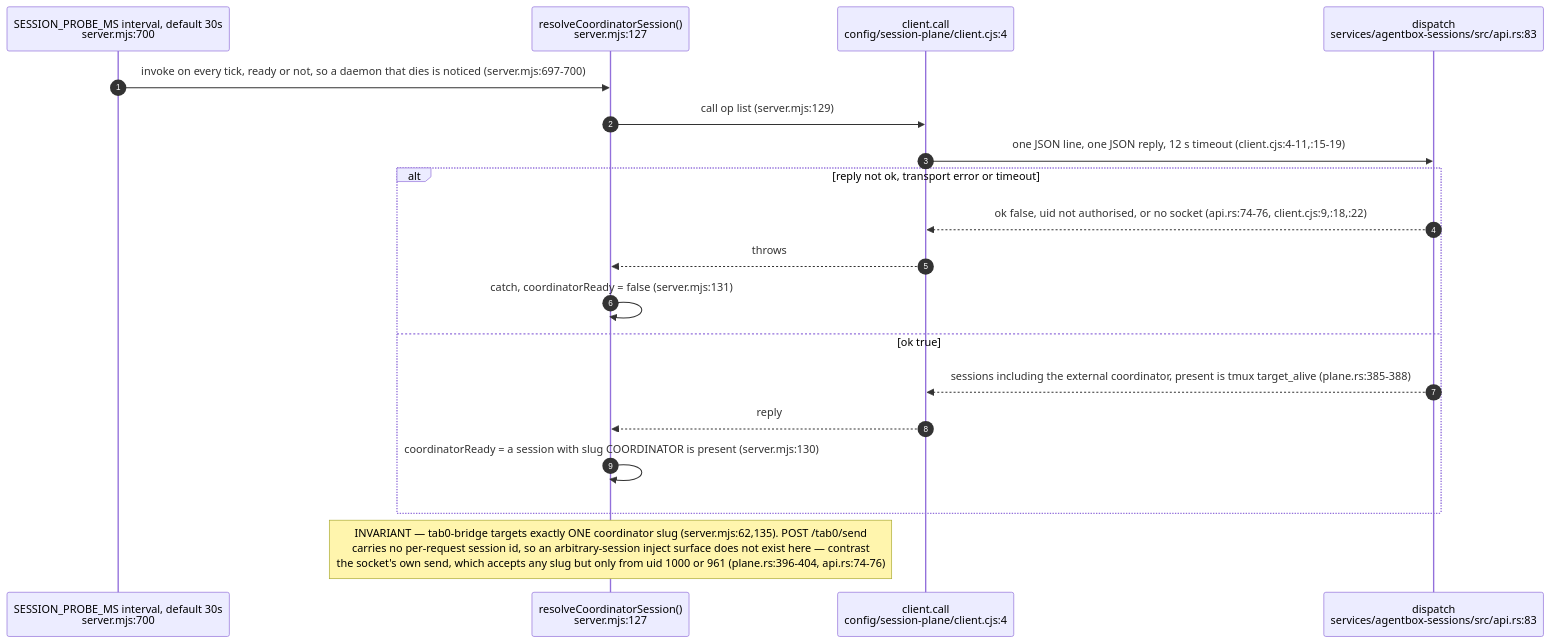
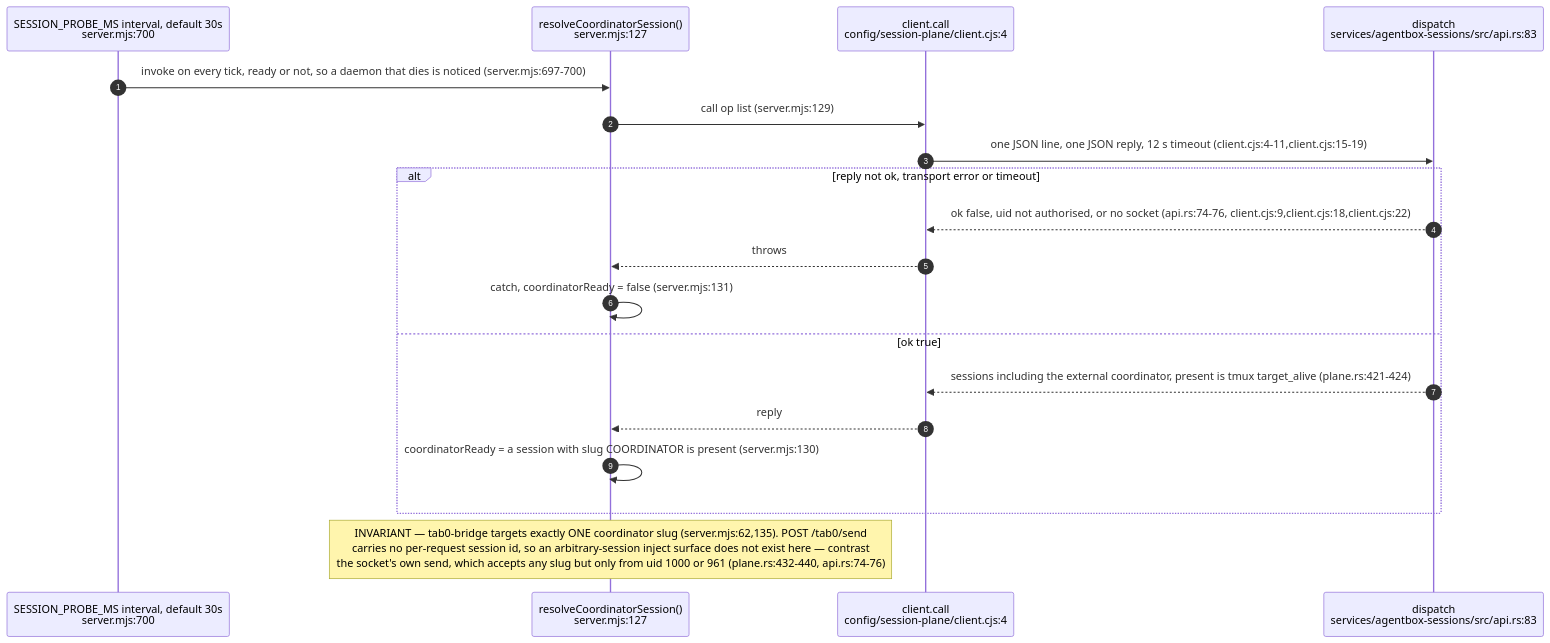
One commit to DreamLab-AI/VisionFlow changed the fourth of 12 diagrams in docs/diagrams/agentbox/12-tab0-bridge-and-interaction-plane.md. Above: the diagram before and after it, drawn with Mermaid. The commit also changed other lines of this file and 6 other files, not shown here.

First line of the commit message:
docs: align native session and ingress diagrams (#39)

````diff
--- a/docs/diagrams/agentbox/12-tab0-bridge-and-interaction-plane.md
+++ b/docs/diagrams/agentbox/12-tab0-bridge-and-interaction-plane.md
@@ -172,22 +173,22 @@
 ```mermaid
 sequenceDiagram
     autonumber
     participant Ti as SESSION_PROBE_MS interval, default 30s<br/>server.mjs:700
     participant R as resolveCoordinatorSession()<br/>server.mjs:127
     participant Cl as client.call<br/>config/session-plane/client.cjs:4
     participant Sock as dispatch<br/>services/agentbox-sessions/src/api.rs:83
 
     Ti->>R: invoke on every tick, ready or not, so a daemon that dies is noticed (server.mjs:697-700)
     R->>Cl: call op list (server.mjs:129)
-    Cl->>Sock: one JSON line, one JSON reply, 12 s timeout (client.cjs:4-11,:15-19)
+    Cl->>Sock: one JSON line, one JSON reply, 12 s timeout (client.cjs:4-11,client.cjs:15-19)
     alt reply not ok, transport error or timeout
-        Sock-->>Cl: ok false, uid not authorised, or no socket (api.rs:74-76, client.cjs:9,:18,:22)
+        Sock-->>Cl: ok false, uid not authorised, or no socket (api.rs:74-76, client.cjs:9,client.cjs:18,client.cjs:22)
         Cl-->>R: throws
         R->>R: catch, coordinatorReady = false (server.mjs:131)
     else ok true
-        Sock-->>Cl: sessions including the external coordinator, present is tmux target_alive (plane.rs:385-388)
+        Sock-->>Cl: sessions including the external coordinator, present is tmux target_alive (plane.rs:421-424)
         Cl-->>R: reply
         R->>R: coordinatorReady = a session with slug COORDINATOR is present (server.mjs:130)
     end
-Note over R: INVARIANT — tab0-bridge targets exactly ONE coordinator slug (server.mjs:62,135). POST /tab0/send<br/>carries no per-request session id, so an arbitrary-session inject surface does not exist here — contrast<br/>the socket's own send, which accepts any slug but only from uid 1000 or 961 (plane.rs:396-404, api.rs:74-76)
+Note over R: INVARIANT — tab0-bridge targets exactly ONE coordinator slug (server.mjs:62,135). POST /tab0/send<br/>carries no per-request session id, so an arbitrary-session inject surface does not exist here — contrast<br/>the socket's own send, which accepts any slug but only from uid 1000 or 961 (plane.rs:432-440, api.rs:74-76)
 ```
````
